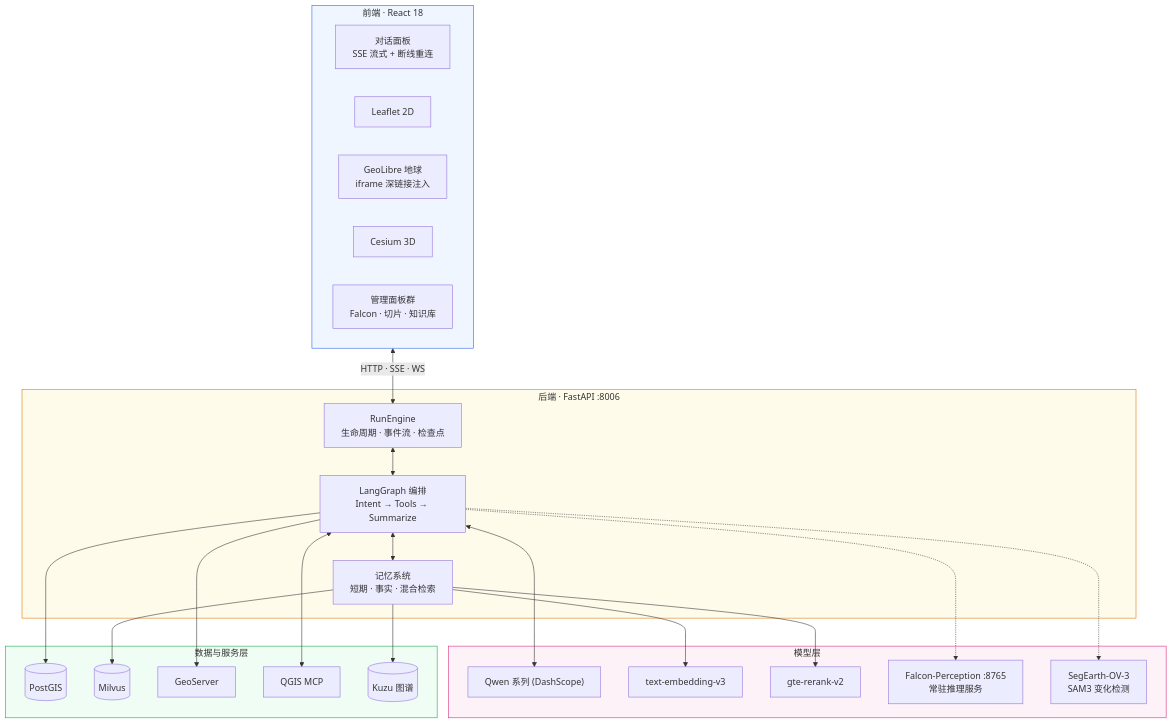
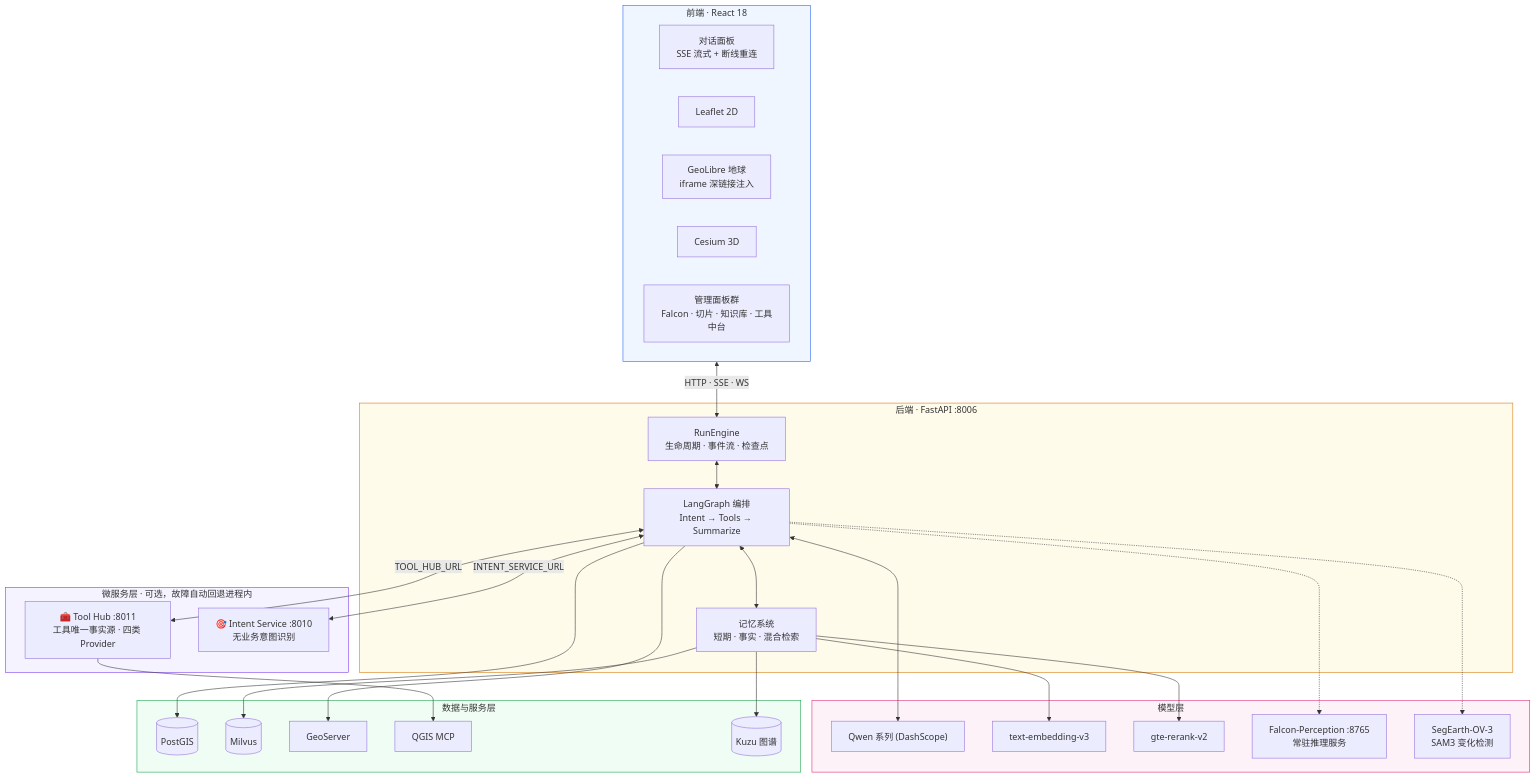
The second of 6 diagrams in README.md (PotatoH-cmd/Smart_Map), drawn with Mermaid before and after one commit. The commit also changed other lines of this file and 27 other files, not shown here.

First line of the commit message:
feat: 微服务化工具中台 + 通用意图服务解耦

````diff
--- a/README.md
+++ b/README.md
@@ -81,47 +82,55 @@
 ```mermaid
 graph TB
     subgraph FE["前端 · React 18"]
         Chat["对话面板<br/>SSE 流式 + 断线重连"]
         Map2D["Leaflet 2D"]
         Globe["GeoLibre 地球<br/>iframe 深链接注入"]
         Map3D["Cesium 3D"]
-        Panels["管理面板群<br/>Falcon · 切片 · 知识库"]
+        Panels["管理面板群<br/>Falcon · 切片 · 知识库 · 工具中台"]
+    end
+
+    subgraph SVC["微服务层 · 可选，故障自动回退进程内"]
+        HUB["🧰 Tool Hub :8011<br/>工具唯一事实源 · 四类 Provider"]
+        ISVC["🎯 Intent Service :8010<br/>无业务意图识别"]
     end
 
     subgraph BE["后端 · FastAPI :8006"]
         Engine["RunEngine<br/>生命周期 · 事件流 · 检查点"]
         Graph["LangGraph 编排<br/>Intent → Tools → Summarize"]
         Memory["记忆系统<br/>短期 · 事实 · 混合检索"]
     end
 
     subgraph AI["模型层"]
         LLM["Qwen 系列 (DashScope)"]
         EMB["text-embedding-v3"]
         RERANK["gte-rerank-v2"]
         FALCON["Falcon-Perception :8765<br/>常驻推理服务"]
         SAM3["SegEarth-OV-3<br/>SAM3 变化检测"]
     end
 
     subgraph DATA["数据与服务层"]
         PG[("PostGIS")]
         MILVUS[("Milvus")]
         GS["GeoServer"]
         QGIS["QGIS MCP"]
         KUZU[("Kuzu 图谱")]
     end
 
     FE <-->|"HTTP · SSE · WS"| Engine
     Engine <--> Graph
     Graph <--> LLM
     Graph <--> Memory
+    Graph <-->|"TOOL_HUB_URL"| HUB
+    Graph <-->|"INTENT_SERVICE_URL"| ISVC
+    HUB --> QGIS
     Memory --> EMB & RERANK & MILVUS
-    Graph <--> QGIS
     Graph --> GS & PG
     Graph -.-> FALCON & SAM3
     Memory --> KUZU
 
     style FE fill:#eff6ff,stroke:#2563eb
     style BE fill:#fffbeb,stroke:#d97706
+    style SVC fill:#f5f3ff,stroke:#7c3aed
     style AI fill:#fdf2f8,stroke:#db2777
     style DATA fill:#f0fdf4,stroke:#16a34a
 ```
````
